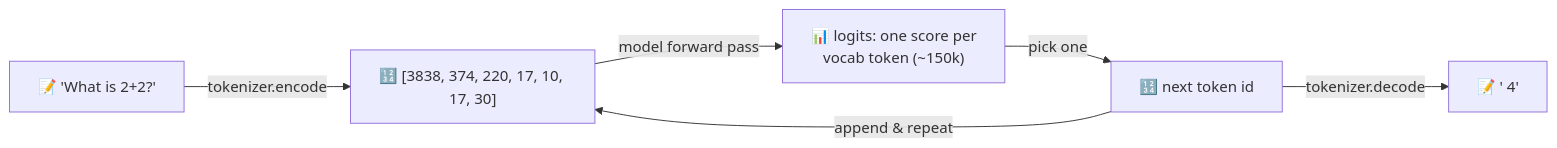
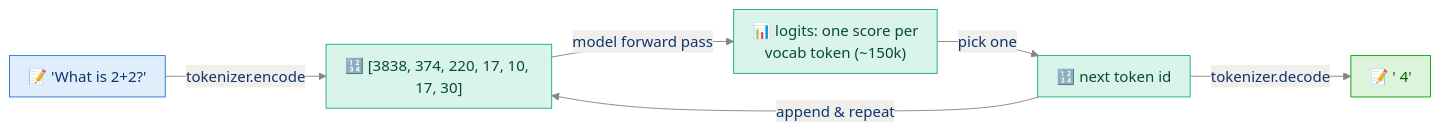
Before and after one commit to sudhanshu-shivam-dev/reasoning_model_from_scratch: the first of 3 diagrams in study_guide/ch02_generating_text.md, drawn with Mermaid. The commit also changed other lines of this file and 14 other files, not shown here.

First line of the commit message:
Restyle all 54 diagrams: consistent palette, semantic colors, better spacing

````diff
--- a/study_guide/ch02_generating_text.md
+++ b/study_guide/ch02_generating_text.md
@@ -15,8 +15,13 @@
 ```mermaid
+%%{init: {"theme":"base","themeVariables":{"primaryColor":"#e0edfb","primaryTextColor":"#0d366b","primaryBorderColor":"#2a78d6","lineColor":"#898781","textColor":"#52514e","edgeLabelBackground":"#f0efec","clusterBkg":"rgba(137,135,129,0.07)","clusterBorder":"#a9a7a0","titleColor":"#898781"},"flowchart":{"nodeSpacing":36,"rankSpacing":44,"curve":"basis","padding":10}}}%%
 flowchart LR
     S["📝 'What is 2+2?'"] -->|tokenizer.encode| T["🔢 [3838, 374, 220, 17, 10, 17, 30]"]
     T -->|model forward pass| L["📊 logits: one score per<br/>vocab token (~150k)"]
     L -->|pick one| N["🔢 next token id"]
     N -->|append & repeat| T
     N -->|tokenizer.decode| O["📝 ' 4'"]
+    classDef data fill:#d9f4e9,stroke:#1baf7a,color:#0b4a33
+    classDef good fill:#dcf3dc,stroke:#0ca30c,color:#006300
+    class T,L,N data
+    class O good
 ```
````
